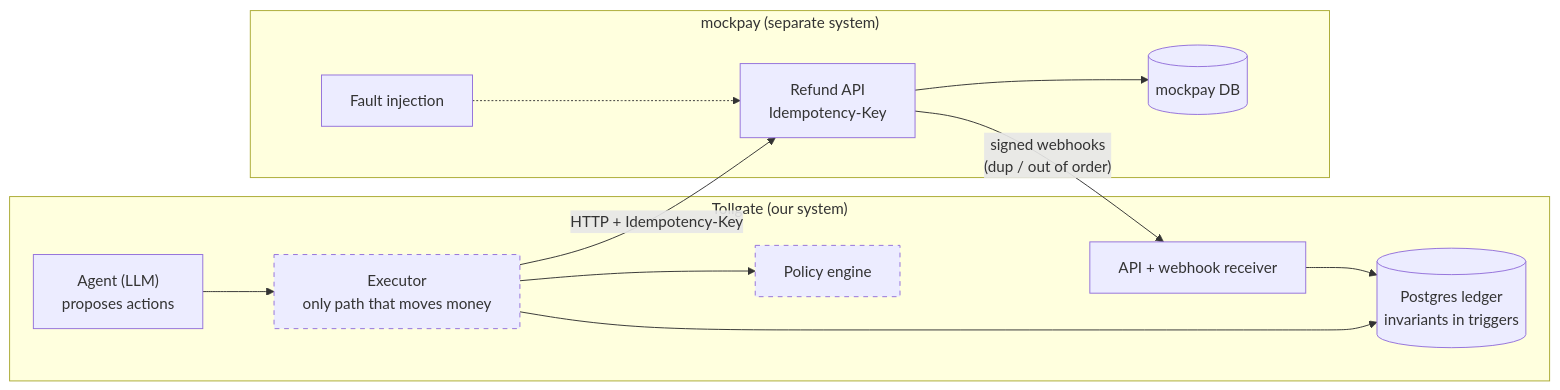
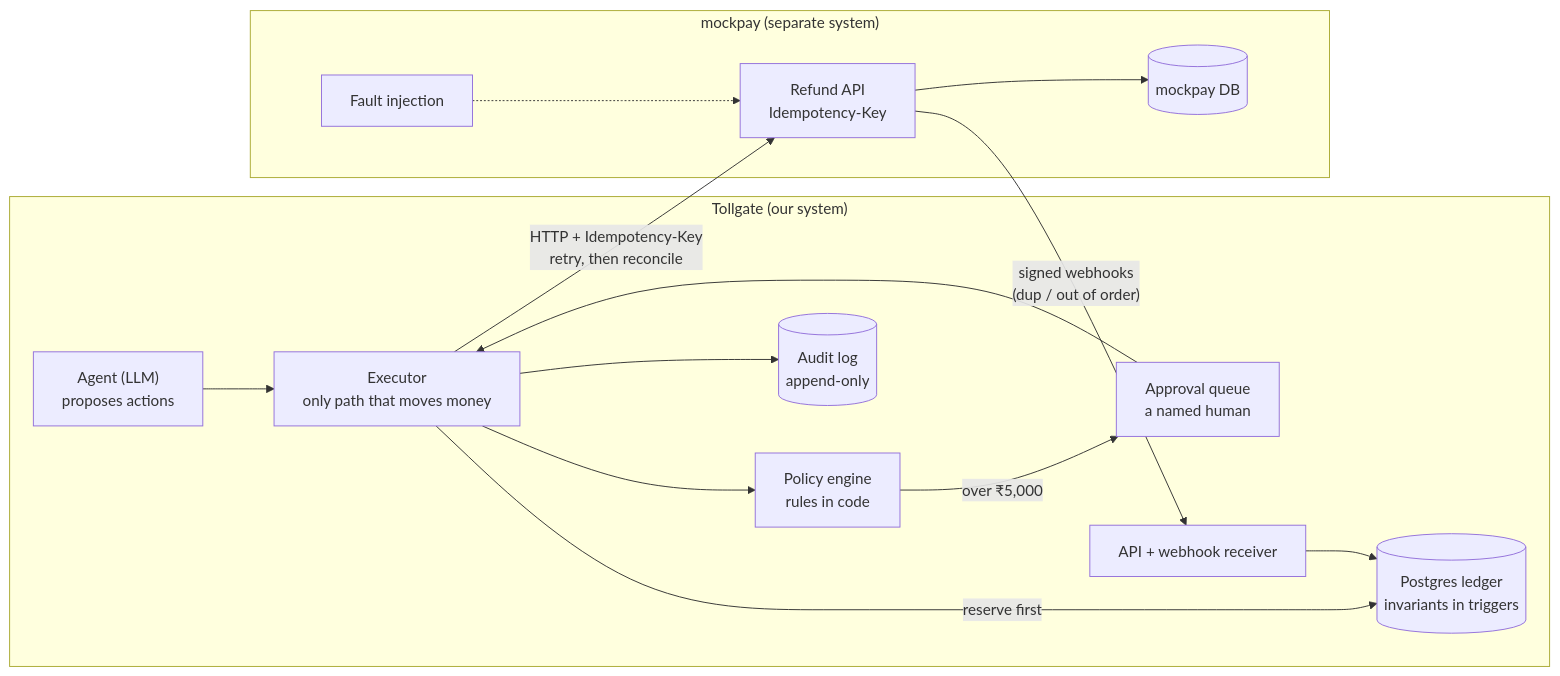
The diagram in README.md (heer-dhandhukia/tollgate), drawn with Mermaid before and after one commit. The commit also changed other lines of this file and 2 other files, not shown here.

Commit message:
docs: guarded mode design (sections 18-25), threat model, failures log

````diff
--- a/README.md
+++ b/README.md
@@ -19,22 +20,25 @@
 ```mermaid
 flowchart LR
     subgraph tollgate["Tollgate (our system)"]
         agent["Agent (LLM)<br/>proposes actions"]
-        exec["Executor<br/>only path that moves money"]:::planned
-        policy["Policy engine"]:::planned
+        exec["Executor<br/>only path that moves money"]
+        policy["Policy engine<br/>rules in code"]
+        approvals["Approval queue<br/>a named human"]
         ledger[("Postgres ledger<br/>invariants in triggers")]
+        audit[("Audit log<br/>append-only")]
         api["API + webhook receiver"]
     end
     subgraph provider["mockpay (separate system)"]
         mp["Refund API<br/>Idempotency-Key"]
         faults["Fault injection"]
         mpdb[("mockpay DB")]
     end
     agent --> exec --> policy
-    exec --> ledger
-    exec -- "HTTP + Idempotency-Key" --> mp
+    policy -- "over ₹5,000" --> approvals --> exec
+    exec -- "reserve first" --> ledger
+    exec -- "HTTP + Idempotency-Key<br/>retry, then reconcile" --> mp
+    exec --> audit
     mp --> mpdb
     faults -.-> mp
     mp -- "signed webhooks<br/>(dup / out of order)" --> api --> ledger
-    classDef planned stroke-dasharray: 5 5
 ```
````
